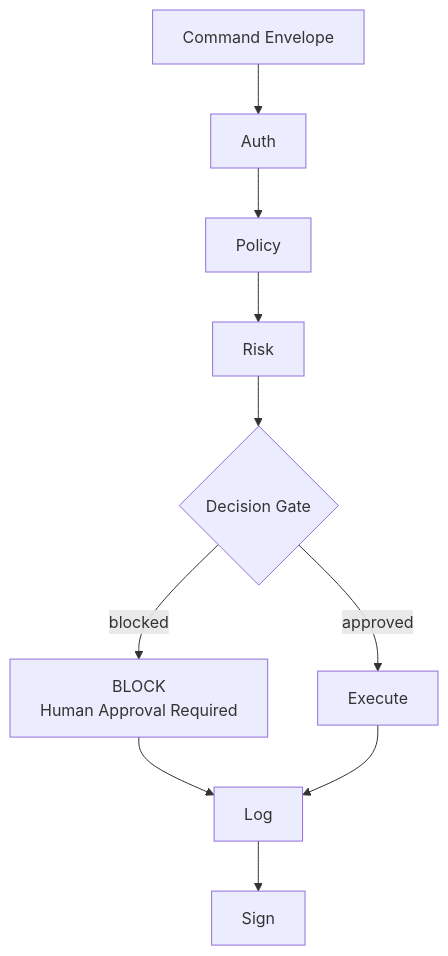
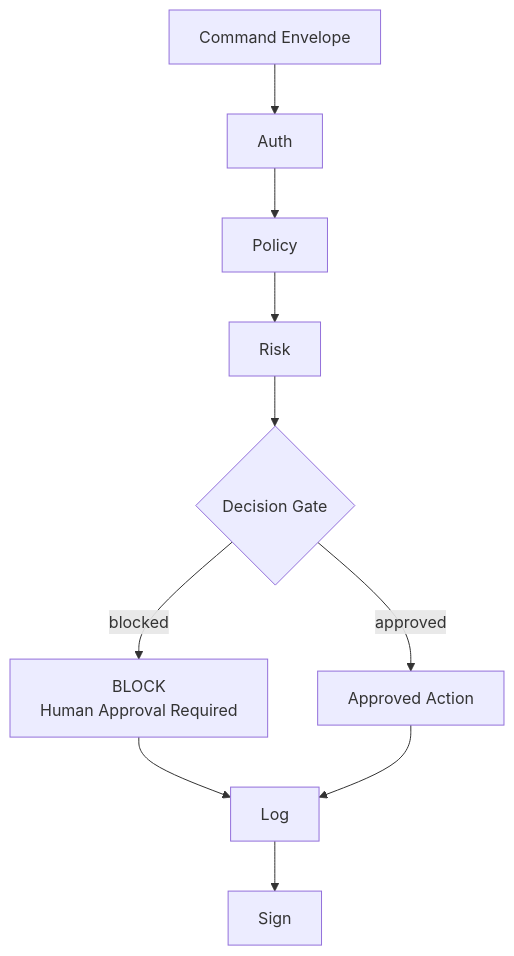
One commit to Codynunn42/SentinelOS-NON-DEMO changed the diagram in docs/diagrams/governance_pipeline_v2.mmd. Above: the diagram before and after it, drawn with Mermaid. The commit also changed 42 other files, not shown here.

```diff
--- a/docs/diagrams/governance_pipeline_v2.mmd
+++ b/docs/diagrams/governance_pipeline_v2.mmd
@@ -1,20 +1,21 @@
 flowchart TB
+  %% [HOLD:INTERNAL-DIAGRAM] Governance pipeline source. Not approved for external publication.
   command[Command Envelope]
   auth[Auth]
   policy[Policy]
   risk[Risk]
   gate{Decision Gate}
   blocked[BLOCK<br/>Human Approval Required]
-  execute[Execute]
+  execute[Approved Action]
   audit[Log]
   sign[Sign]
 
   command --> auth
   auth --> policy
   policy --> risk
   risk --> gate
   gate -- blocked --> blocked
   gate -- approved --> execute
   blocked --> audit
   execute --> audit
   audit --> sign
```
